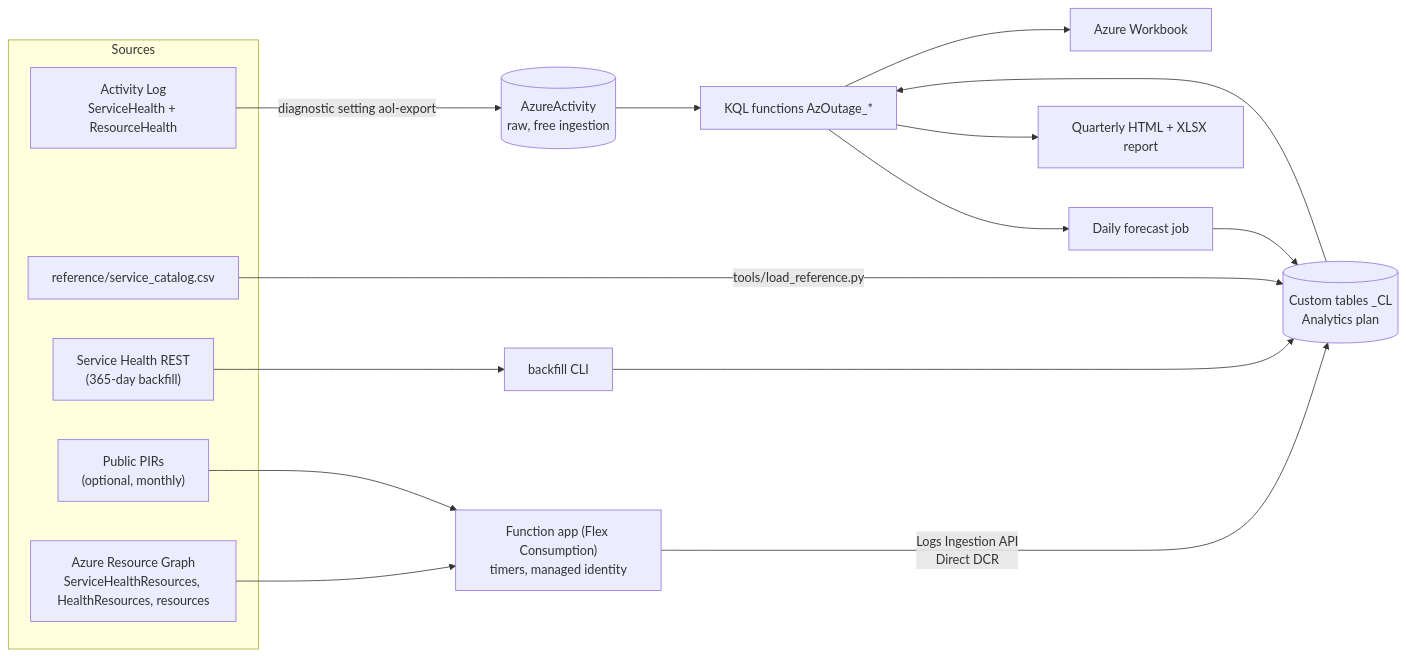
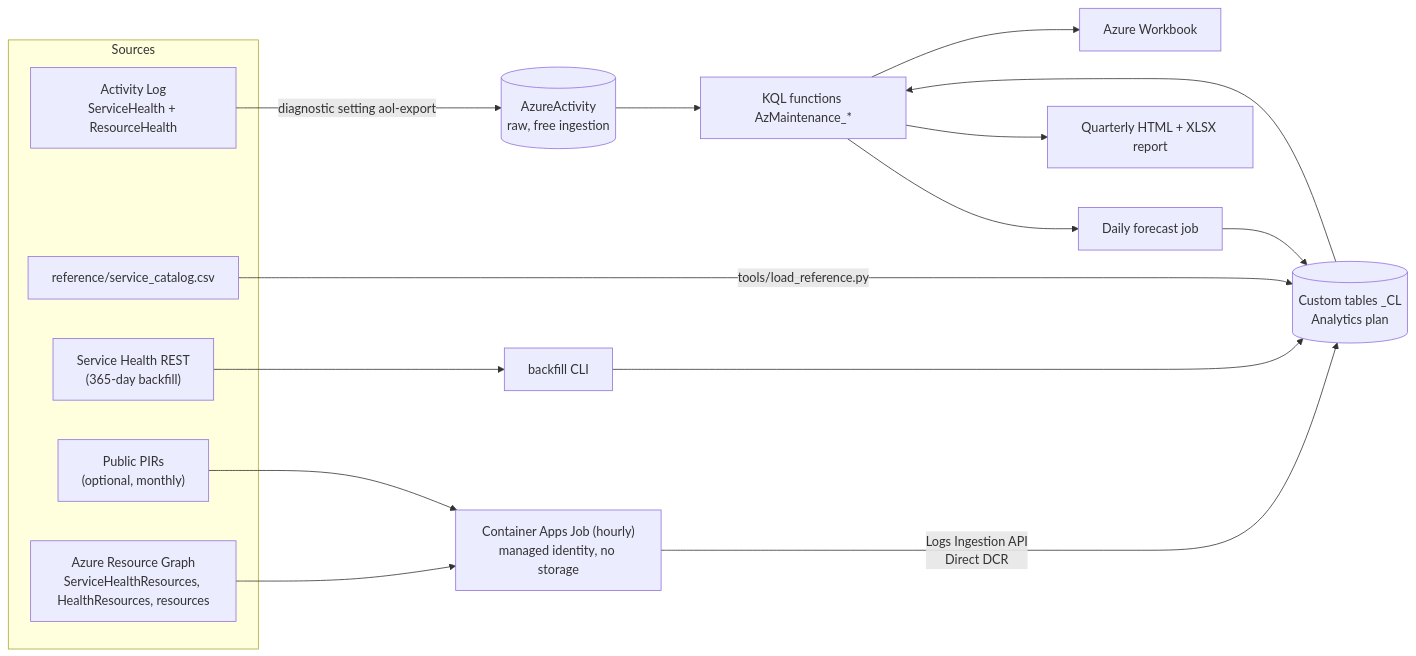
The diagram in README.md (Saby007/azure-maintenance-ledger), drawn with Mermaid before and after one commit. The commit also changed other lines of this file and 91 other files, not shown here.

First line of the commit message:
Rename outage -> maintenance everywhere; replace the Function app with a Container Apps Job

````diff
--- a/README.md
+++ b/README.md
@@ -40,23 +41,23 @@
 ```mermaid
 flowchart LR
   subgraph Sources
     AL["Activity Log<br/>ServiceHealth + ResourceHealth"]
     ARG["Azure Resource Graph<br/>ServiceHealthResources, HealthResources, resources"]
     REST["Service Health REST<br/>(365-day backfill)"]
     PIR["Public PIRs<br/>(optional, monthly)"]
     REF["reference/service_catalog.csv"]
   end
   AL -- "diagnostic setting aol-export" --> AA[("AzureActivity<br/>raw, free ingestion")]
-  ARG --> FN["Function app (Flex Consumption)<br/>timers, managed identity"]
+  ARG --> FN["Container Apps Job (hourly)<br/>managed identity, no storage"]
   REST --> BF["backfill CLI"]
   PIR --> FN
   FN -- "Logs Ingestion API<br/>Direct DCR" --> T[("Custom tables _CL<br/>Analytics plan")]
   BF --> T
   REF -- "tools/load_reference.py" --> T
-  AA --> F["KQL functions AzOutage_*"]
+  AA --> F["KQL functions AzMaintenance_*"]
   T --> F
   F --> WB["Azure Workbook"]
   F --> FC["Daily forecast job"]
   FC --> T
   F --> RP["Quarterly HTML + XLSX report"]
 ```
````
